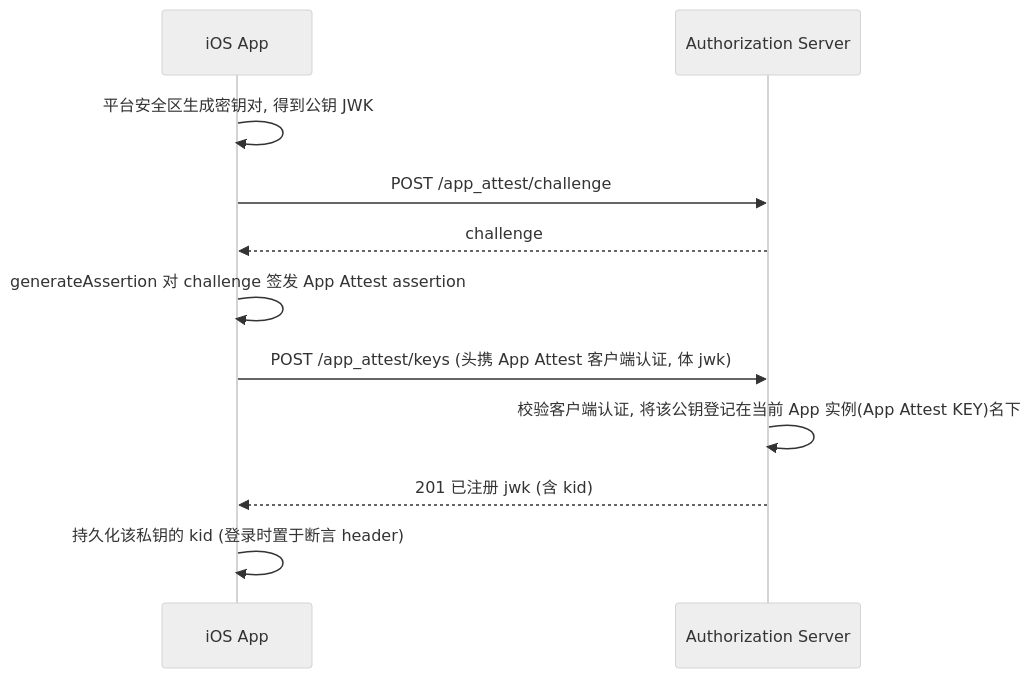
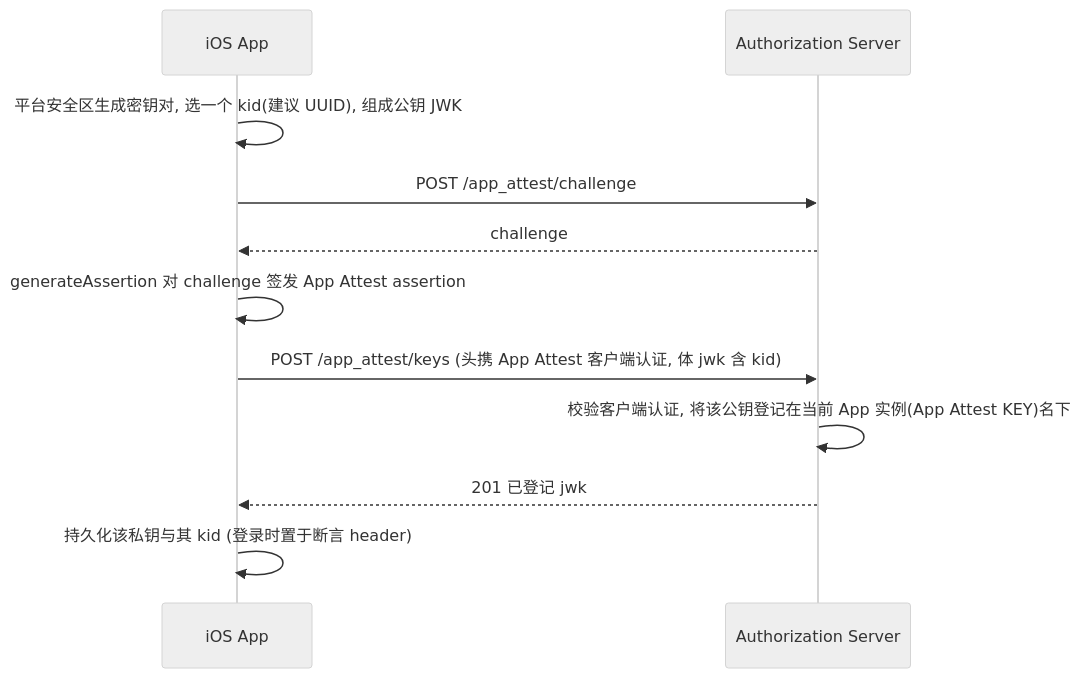
The first of 2 diagrams in user-center/doc/apis/zh-cn/app-attest-login/v2/App-Attest-Login-#-Jwt-Bearer.md (euler-projects/demo), drawn with Mermaid (neutral theme) before and after one commit. The commit also changed other lines of this file and 2 other files, not shown here.

First line of the commit message:
refactor(user-center): let the instance key choose its own kid

````diff
--- a/user-center/doc/apis/zh-cn/app-attest-login/v2/App-Attest-Login-#-Jwt-Bearer.md
+++ b/user-center/doc/apis/zh-cn/app-attest-login/v2/App-Attest-Login-#-Jwt-Bearer.md
@@ -119,13 +120,13 @@
 ```mermaid
 sequenceDiagram
     participant App as iOS App
     participant Server as Authorization Server
-    App ->> App: 平台安全区生成密钥对, 得到公钥 JWK
+    App ->> App: 平台安全区生成密钥对, 选一个 kid(建议 UUID), 组成公钥 JWK
     App ->> Server: POST /app_attest/challenge
     Server -->> App: challenge
     App ->> App: generateAssertion 对 challenge 签发 App Attest assertion
-    App ->> Server: POST /app_attest/keys (头携 App Attest 客户端认证, 体 jwk)
+    App ->> Server: POST /app_attest/keys (头携 App Attest 客户端认证, 体 jwk 含 kid)
     Server ->> Server: 校验客户端认证, 将该公钥登记在当前 App 实例(App Attest KEY)名下
-    Server -->> App: 201 已注册 jwk (含 kid)
-    App ->> App: 持久化该私钥的 kid (登录时置于断言 header)
+    Server -->> App: 201 已登记 jwk
+    App ->> App: 持久化该私钥与其 kid (登录时置于断言 header)
 ```
````
